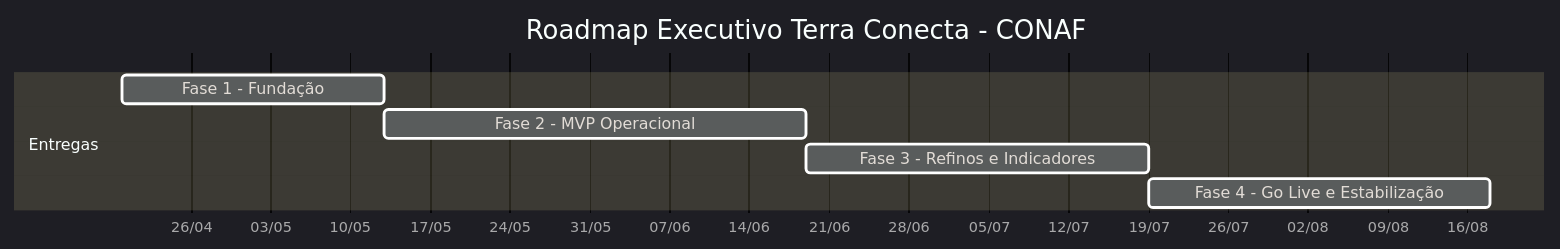
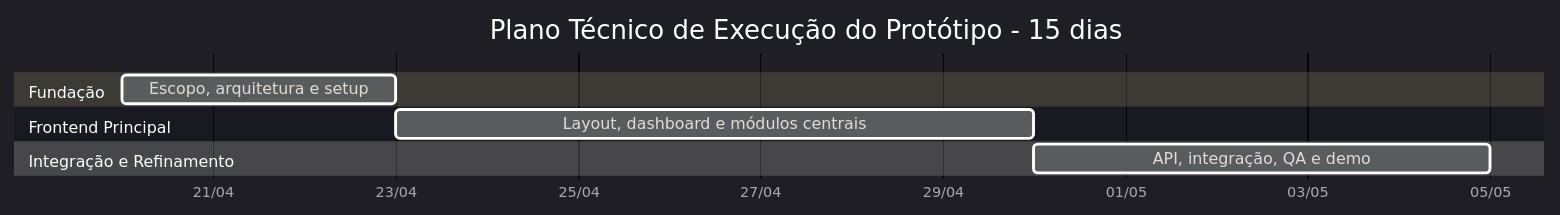
One commit to NickDevHolz/Terra-Conecta changed diagram 11 of 11 in Terra Conecta — Proposta Institucional, Comercial e Técnica.md. Above: the diagram before and after it, drawn with Mermaid. The commit also changed other lines of this file, not shown here.

Commit message:
Update Terra Conecta — Proposta Institucional, Comercial e Técnica.md

````diff
--- a/Terra Conecta — Proposta Institucional, Comercial e Técnica.md
+++ b/Terra Conecta — Proposta Institucional, Comercial e Técnica.md
@@ -930,22 +1045,23 @@
 ```mermaid
 %%{init: {
 'theme':'dark',
 'themeVariables':{
 'background':'#020617',
 'primaryColor':'#22d3ee',
 'primaryTextColor':'#f8fafc',
 'primaryBorderColor':'#39ff14',
-'lineColor':'#a855f7',
+'lineColor':'#c084fc',
 'secondaryColor':'#0f172a',
 'tertiaryColor':'#111827'
 }}}%%
 gantt
-title Roadmap Executivo Terra Conecta - CONAF
-dateFormat YYYY-MM-DD
-axisFormat %d/%m
-section Entregas
-Fase 1 - Fundação                :a1, 2026-04-20, 23d
-Fase 2 - MVP Operacional         :a2, after a1, 37d
-Fase 3 - Refinos e Indicadores   :a3, after a2, 30d
-Fase 4 - Go Live e Estabilização :a4, after a3, 30d
+title Plano Técnico de Execução do Protótipo - 15 dias
+dateFormat  YYYY-MM-DD
+axisFormat  %d/%m
+section Fundação
+Escopo, arquitetura e setup           :a1, 2026-04-20, 3d
+section Frontend Principal
+Layout, dashboard e módulos centrais  :a2, after a1, 7d
+section Integração e Refinamento
+API, integração, QA e demo            :a3, after a2, 5d
 ```
````
